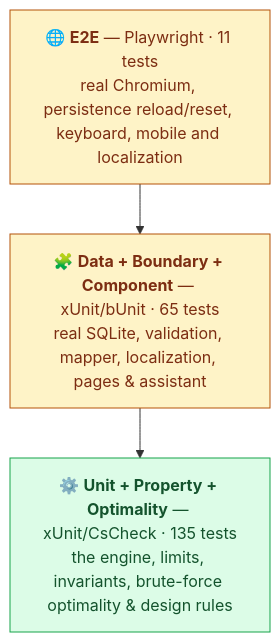
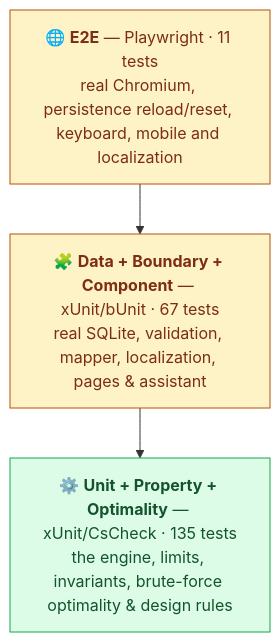
One commit to aco993/WorkPlanStudio changed the diagram in docs/TESTING.md. Above: the diagram before and after it, drawn with Mermaid. The commit also changed other lines of this file and 8 other files, not shown here.

````diff
--- a/docs/TESTING.md
+++ b/docs/TESTING.md
@@ -14,13 +14,13 @@
 ```mermaid
 graph TD
     E2E["🌐 <b>E2E</b> — Playwright · 11 tests<br/>real Chromium, persistence reload/reset, keyboard, mobile and localization"]
-    WEB["🧩 <b>Data + Boundary + Component</b> — xUnit/bUnit · 65 tests<br/>real SQLite, validation, mapper, localization, pages &amp; assistant"]
+    WEB["🧩 <b>Data + Boundary + Component</b> — xUnit/bUnit · 67 tests<br/>real SQLite, validation, mapper, localization, pages &amp; assistant"]
     UNIT["⚙️ <b>Unit + Property + Optimality</b> — xUnit/CsCheck · 135 tests<br/>the engine, limits, invariants, brute-force optimality &amp; design rules"]
 
     E2E --> WEB --> UNIT
 
     classDef fast fill:#dcfce7,stroke:#16a34a,color:#14532d;
     classDef slow fill:#fef3c7,stroke:#b45309,color:#7c2d12;
     class UNIT fast;
     class WEB,E2E slow;
 ```
````
